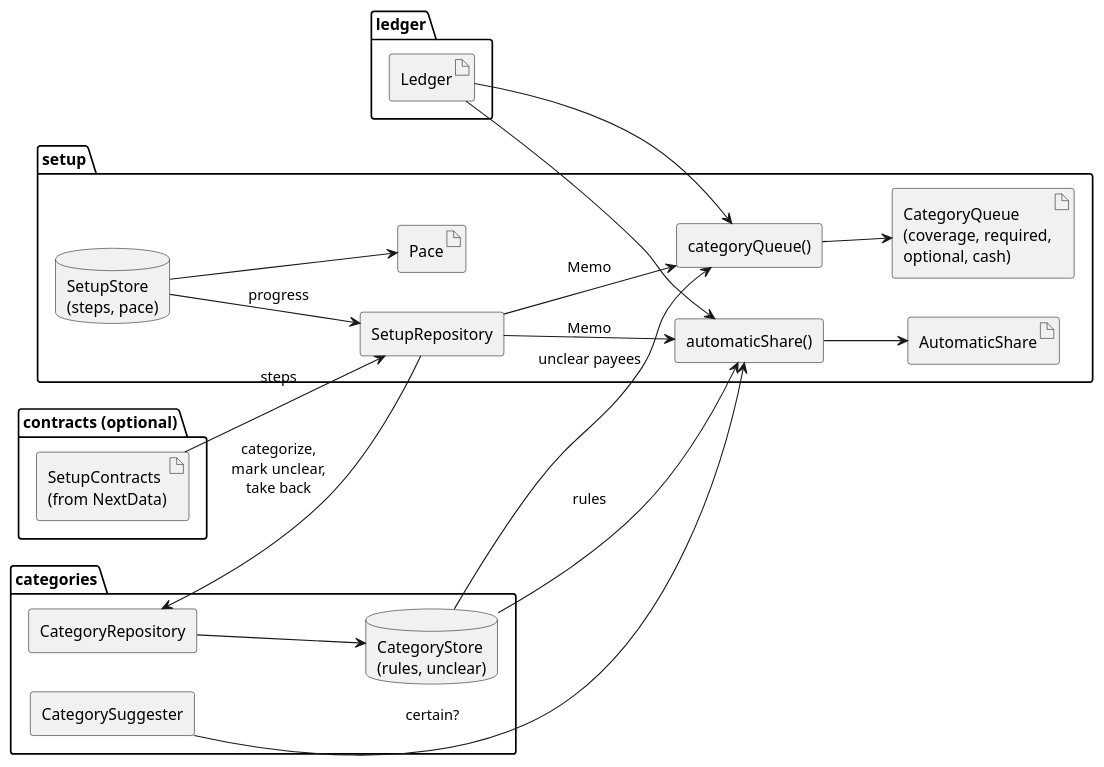
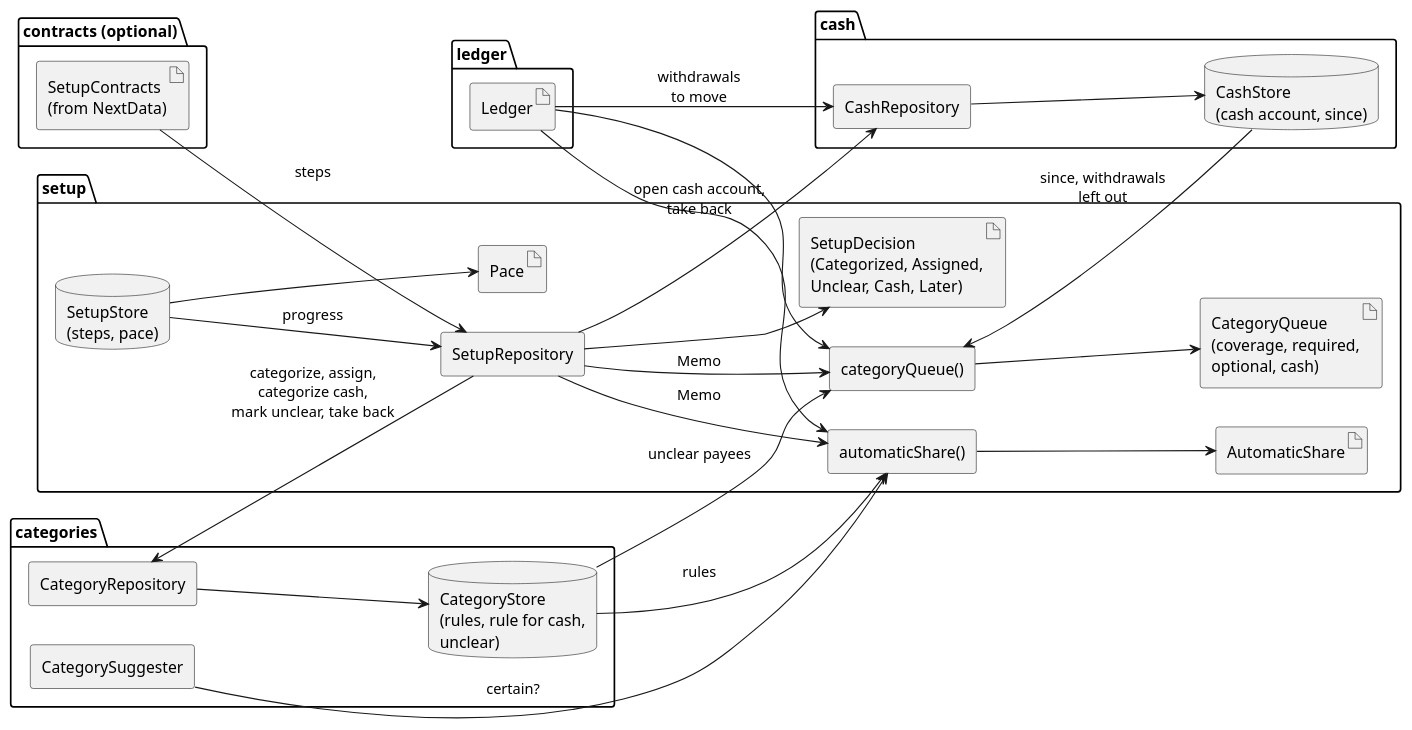
One commit to castn/MyExpenses changed the diagram in next/data/setup/src/main/java/org/totschnig/myexpenses/next/data/setup/setup.puml. Above: the diagram before and after it, drawn with PlantUML. The commit also changed 2 other files, not shown here.

Commit message:
Show cash and the setup in the diagrams
setup.puml shows the cash module, the decisions and what the setup asks of categories and cash, and the ledger overview lists CashRepository, SetupRepository and SetupViewModel.

```diff
--- a/next/data/setup/src/main/java/org/totschnig/myexpenses/next/data/setup/setup.puml
+++ b/next/data/setup/src/main/java/org/totschnig/myexpenses/next/data/setup/setup.puml
@@ -1,43 +1,53 @@
 @startuml setup
 skinparam componentStyle rectangle
 skinparam shadowing false
 left to right direction
 
 package "ledger" {
   artifact Ledger
 }
 package "categories" {
   [CategoryRepository] as categoryRepository
-  database "CategoryStore\n(rules, unclear)" as categoryStore
+  database "CategoryStore\n(rules, rule for cash,\nunclear)" as categoryStore
   [CategorySuggester] as suggester
+}
+package "cash" {
+  [CashRepository] as cashRepository
+  database "CashStore\n(cash account, since)" as cashStore
 }
 package "contracts (optional)" {
   artifact "SetupContracts\n(from NextData)" as setupContracts
 }
 
 package "setup" {
   [categoryQueue()] as queueFn
   artifact "CategoryQueue\n(coverage, required,\noptional, cash)" as queue
   [automaticShare()] as shareFn
   artifact AutomaticShare as share
   [SetupRepository] as repository
+  artifact "SetupDecision\n(Categorized, Assigned,\nUnclear, Cash, Later)" as decision
   database "SetupStore\n(steps, pace)" as store
   artifact "Pace" as pace
 }
 
 Ledger --> queueFn
 categoryStore --> queueFn : unclear payees
+cashStore --> queueFn : since, withdrawals\nleft out
 queueFn --> queue
 Ledger --> shareFn
 categoryStore --> shareFn : rules
 suggester --> shareFn : certain?
 shareFn --> share
 repository --> queueFn : Memo
 repository --> shareFn : Memo
-repository --> categoryRepository : categorize,\nmark unclear,\ntake back
+repository --> categoryRepository : categorize, assign,\ncategorize cash,\nmark unclear, take back
+repository --> cashRepository : open cash account,\ntake back
+repository --> decision
+cashRepository --> cashStore
+Ledger --> cashRepository : withdrawals\nto move
 categoryRepository --> categoryStore
 setupContracts --> repository : steps
 store --> repository : progress
 store --> pace
 
 @enduml
```
